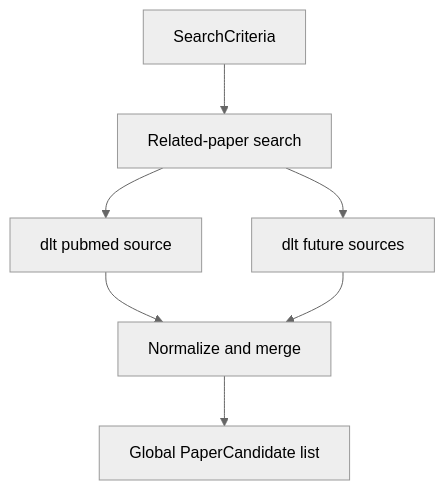
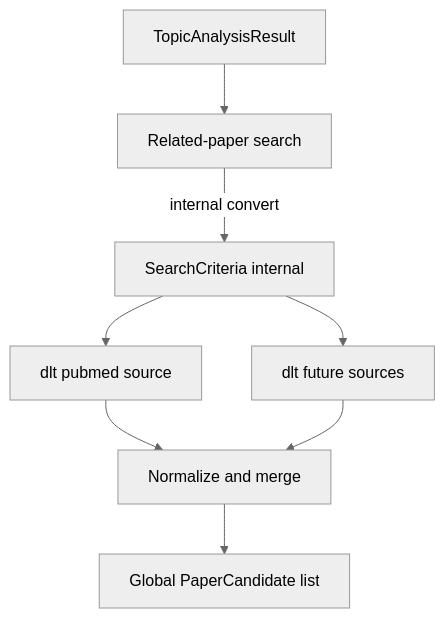
The diagram in docs/specs/related-paper-search.md (GustavoRusso/paper-reviewer), drawn with Mermaid (neutral theme) before and after one commit. The commit also changed other lines of this file and 4 other files, not shown here.

Commit message:
modified the Related Paper search step so that take as input the TopicAnalysisResult produced by the previous step

````diff
--- a/docs/specs/related-paper-search.md
+++ b/docs/specs/related-paper-search.md
@@ -125,16 +156,18 @@
 ```mermaid
 flowchart TB
-  criteria[SearchCriteria]
+  analysis[TopicAnalysisResult]
   workflow[Related-paper search]
+  criteria[SearchCriteria internal]
   pubmed[dlt pubmed source]
   other[dlt future sources]
   merge[Normalize and merge]
   out[Global PaperCandidate list]
 
-  criteria --> workflow
-  workflow --> pubmed
-  workflow --> other
+  analysis --> workflow
+  workflow -->|"internal convert"| criteria
+  criteria --> pubmed
+  criteria --> other
   pubmed --> merge
   other --> merge
   merge --> out
 ```
````
